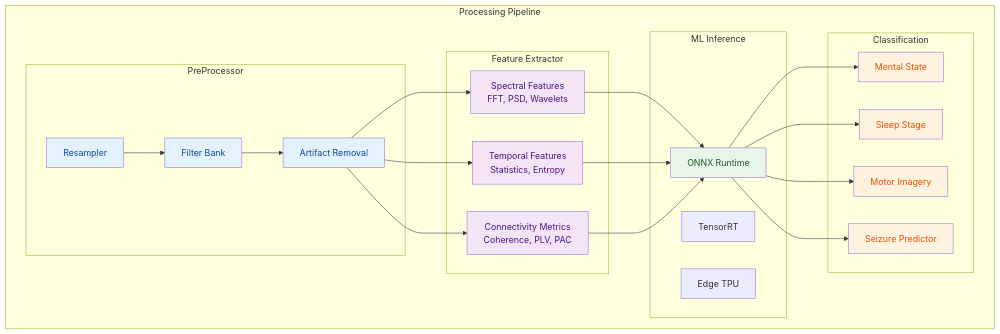
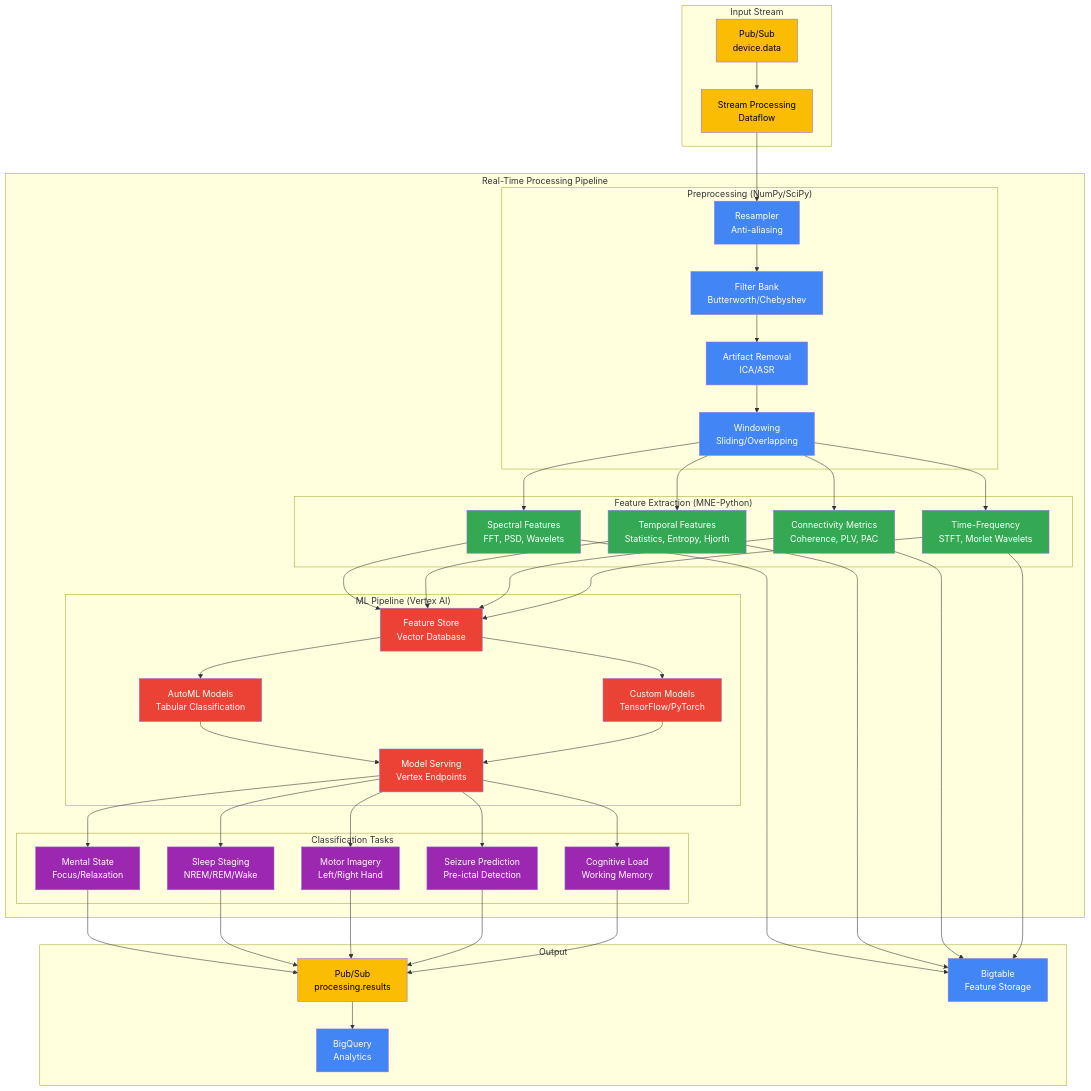
One commit to identity-wael/neurascale changed the third of 9 diagrams in docs-nextra/src/content/architecture.mdx. Above: the diagram before and after it, drawn with Mermaid. The commit also changed other lines of this file, not shown here.

Commit message:
feat(docs): Update Processing Service diagram with Vertex AI ML pipeline
- Added Pub/Sub input stream with Dataflow processing
- Enhanced preprocessing with specific algorithms (ICA/ASR, anti-aliasing)
- Added comprehensive feature extraction with MNE-Python library
- Integrated Vertex AI services (Feature Store, AutoML, Model Serving)
- Added 5th classification task for Cognitive Load detection
- Showed complete data flow to Bigtable and BigQuery
- Applied Google color scheme throughout the diagram

🤖 Generated with [Claude Code](https://claude.ai/code)

````diff
--- a/docs-nextra/src/content/architecture.mdx
+++ b/docs-nextra/src/content/architecture.mdx
@@ -210,56 +210,108 @@
 ```mermaid
 graph TB
-    subgraph "Processing Pipeline"
-        subgraph "PreProcessor"
-            PP1[Resampler]
-            PP2[Filter Bank]
-            PP3[Artifact Removal]
+    subgraph "Input Stream"
+        PS1[Pub/Sub<br/>device.data]
+        PS2[Stream Processing<br/>Dataflow]
+    end
+
+    subgraph "Real-Time Processing Pipeline"
+        subgraph "Preprocessing (NumPy/SciPy)"
+            PP1[Resampler<br/>Anti-aliasing]
+            PP2[Filter Bank<br/>Butterworth/Chebyshev]
+            PP3[Artifact Removal<br/>ICA/ASR]
+            PP4[Windowing<br/>Sliding/Overlapping]
         end
 
-        subgraph "Feature Extractor"
+        subgraph "Feature Extraction (MNE-Python)"
             FE1[Spectral Features<br/>FFT, PSD, Wavelets]
-            FE2[Temporal Features<br/>Statistics, Entropy]
+            FE2[Temporal Features<br/>Statistics, Entropy, Hjorth]
             FE3[Connectivity Metrics<br/>Coherence, PLV, PAC]
+            FE4[Time-Frequency<br/>STFT, Morlet Wavelets]
         end
 
-        subgraph "ML Inference"
-            ML1[ONNX Runtime]
-            ML2[TensorRT]
-            ML3[Edge TPU]
+        subgraph "ML Pipeline (Vertex AI)"
+            ML1[Feature Store<br/>Vector Database]
+            ML2[AutoML Models<br/>Tabular Classification]
+            ML3[Custom Models<br/>TensorFlow/PyTorch]
+            ML4[Model Serving<br/>Vertex Endpoints]
         end
 
-        subgraph "Classification"
-            C1[Mental State]
-            C2[Sleep Stage]
-            C3[Motor Imagery]
-            C4[Seizure Predictor]
+        subgraph "Classification Tasks"
+            C1[Mental State<br/>Focus/Relaxation]
+            C2[Sleep Staging<br/>NREM/REM/Wake]
+            C3[Motor Imagery<br/>Left/Right Hand]
+            C4[Seizure Prediction<br/>Pre-ictal Detection]
+            C5[Cognitive Load<br/>Working Memory]
         end
     end
 
+    subgraph "Output"
+        OUT1[Pub/Sub<br/>processing.results]
+        OUT2[Bigtable<br/>Feature Storage]
+        OUT3[BigQuery<br/>Analytics]
+    end
+
+    PS1 --> PS2
+    PS2 --> PP1
+
     PP1 --> PP2
     PP2 --> PP3
-    PP3 --> FE1
-    PP3 --> FE2
-    PP3 --> FE3
+    PP3 --> PP4
+
+    PP4 --> FE1
+    PP4 --> FE2
+    PP4 --> FE3
+    PP4 --> FE4
 
     FE1 --> ML1
     FE2 --> ML1
     FE3 --> ML1
+    FE4 --> ML1
 
-    ML1 --> C1
-    ML1 --> C2
-    ML1 --> C3
-    ML1 --> C4
+    ML1 --> ML2
+    ML1 --> ML3
+    ML2 --> ML4
+    ML3 --> ML4
 
-    style PP1 fill:#e3f2fd,color:#0d47a1
-    style PP2 fill:#e3f2fd,color:#0d47a1
-    style PP3 fill:#e3f2fd,color:#0d47a1
-    style FE1 fill:#f3e5f5,color:#4a148c
-    style FE2 fill:#f3e5f5,color:#4a148c
-    style FE3 fill:#f3e5f5,color:#4a148c
-    style ML1 fill:#e8f5e9,color:#1b5e20
-    style C1 fill:#fff3e0,color:#e65100
-    style C2 fill:#fff3e0,color:#e65100
-    style C3 fill:#fff3e0,color:#e65100
-    style C4 fill:#fff3e0,color:#e65100
+    ML4 --> C1
+    ML4 --> C2
+    ML4 --> C3
+    ML4 --> C4
+    ML4 --> C5
+
+    C1 --> OUT1
+    C2 --> OUT1
+    C3 --> OUT1
+    C4 --> OUT1
+    C5 --> OUT1
+
+    FE1 --> OUT2
+    FE2 --> OUT2
+    FE3 --> OUT2
+    FE4 --> OUT2
+
+    OUT1 --> OUT3
+
+    style PS1 fill:#fbbc04,color:#000000
+    style PS2 fill:#fbbc04,color:#000000
+    style PP1 fill:#4285f4,color:#ffffff
+    style PP2 fill:#4285f4,color:#ffffff
+    style PP3 fill:#4285f4,color:#ffffff
+    style PP4 fill:#4285f4,color:#ffffff
+    style FE1 fill:#34a853,color:#ffffff
+    style FE2 fill:#34a853,color:#ffffff
+    style FE3 fill:#34a853,color:#ffffff
+    style FE4 fill:#34a853,color:#ffffff
+    style ML1 fill:#ea4335,color:#ffffff
+    style ML2 fill:#ea4335,color:#ffffff
+    style ML3 fill:#ea4335,color:#ffffff
+    style ML4 fill:#ea4335,color:#ffffff
+    style C1 fill:#9c27b0,color:#ffffff
+    style C2 fill:#9c27b0,color:#ffffff
+    style C3 fill:#9c27b0,color:#ffffff
+    style C4 fill:#9c27b0,color:#ffffff
+    style C5 fill:#9c27b0,color:#ffffff
+    style OUT1 fill:#fbbc04,color:#000000
+    style OUT2 fill:#4285f4,color:#ffffff
+    style OUT3 fill:#4285f4,color:#ffffff
 ```
````
